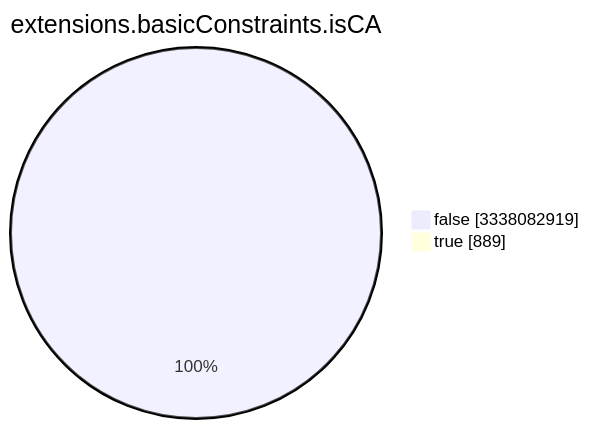
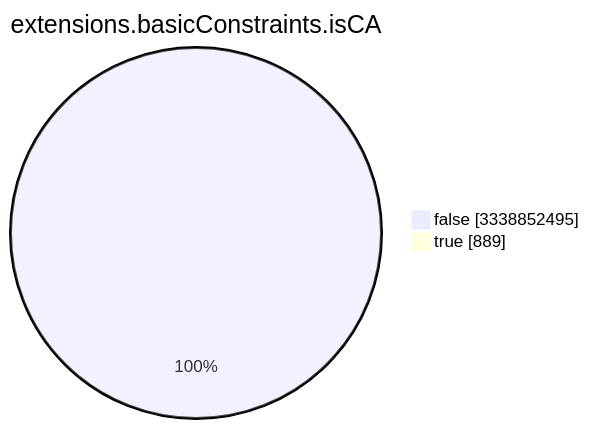
The seventh of 15 diagrams in TOTAL/README.md (christiankrug/ctmonitor_visualization), drawn with Mermaid before and after one commit. The commit also changed other lines of this file, not shown here.

````diff
--- a/TOTAL/README.md
+++ b/TOTAL/README.md
@@ -3089,6 +3089,6 @@
 ```mermaid
 pie showData
 title extensions.basicConstraints.isCA
-"false" :3338082919
+"false" :3338852495
 "true" :889
 ```
````
